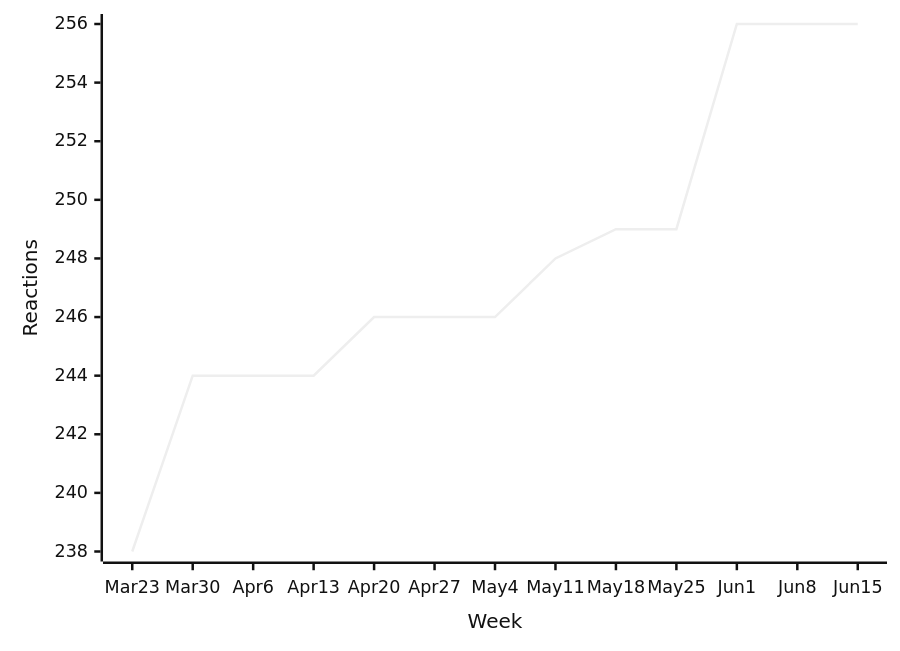
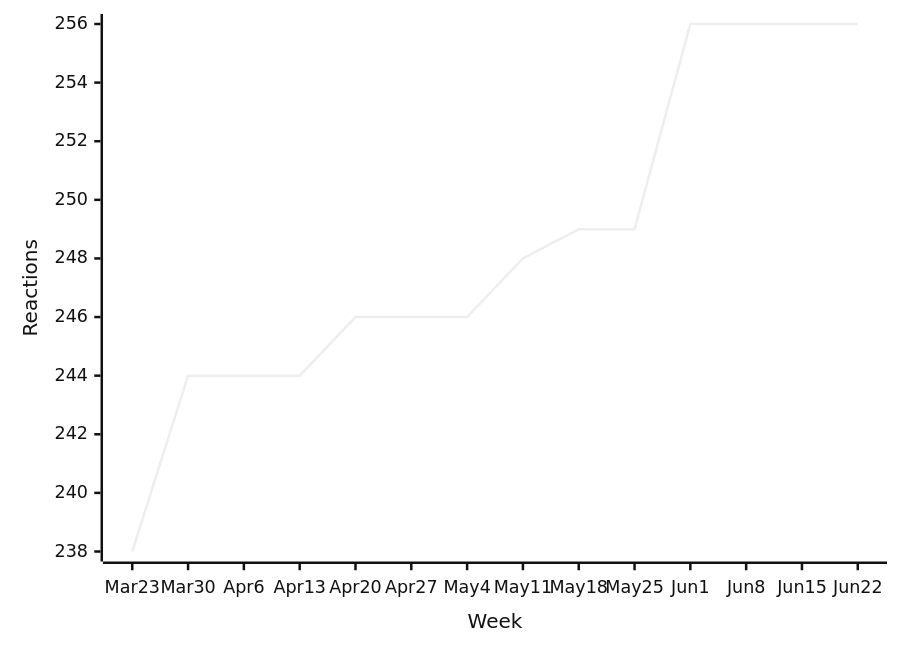
Before and after one commit to loic-sharma/github-insights: the sixth of 50 diagrams in README.md, drawn with Mermaid (neutral theme). The commit also changed other lines of this file and 3 other files, not shown here.

````diff
--- a/README.md
+++ b/README.md
@@ -424,6 +424,6 @@
   ```mermaid
   xychart-beta
-    x-axis "Week" [Mar 23, Mar 30, Apr 6, Apr 13, Apr 20, Apr 27, May 4, May 11, May 18, May 25, Jun 1, Jun 8, Jun 15]
+    x-axis "Week" [Mar 23, Mar 30, Apr 6, Apr 13, Apr 20, Apr 27, May 4, May 11, May 18, May 25, Jun 1, Jun 8, Jun 15, Jun 22]
     y-axis "Reactions"
-    line [238, 244, 244, 244, 246, 246, 246, 248, 249, 249, 256, 256, 256]
+    line [238, 244, 244, 244, 246, 246, 246, 248, 249, 249, 256, 256, 256, 256]
   ```
````
